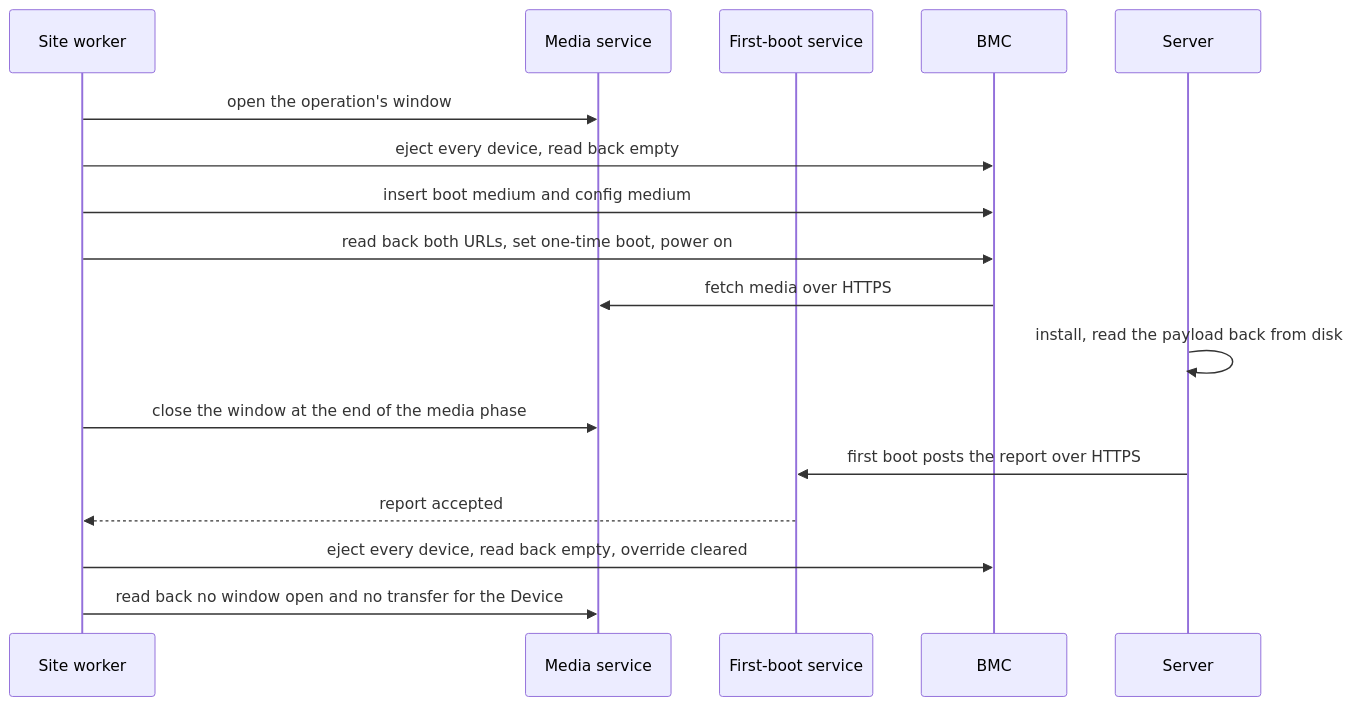
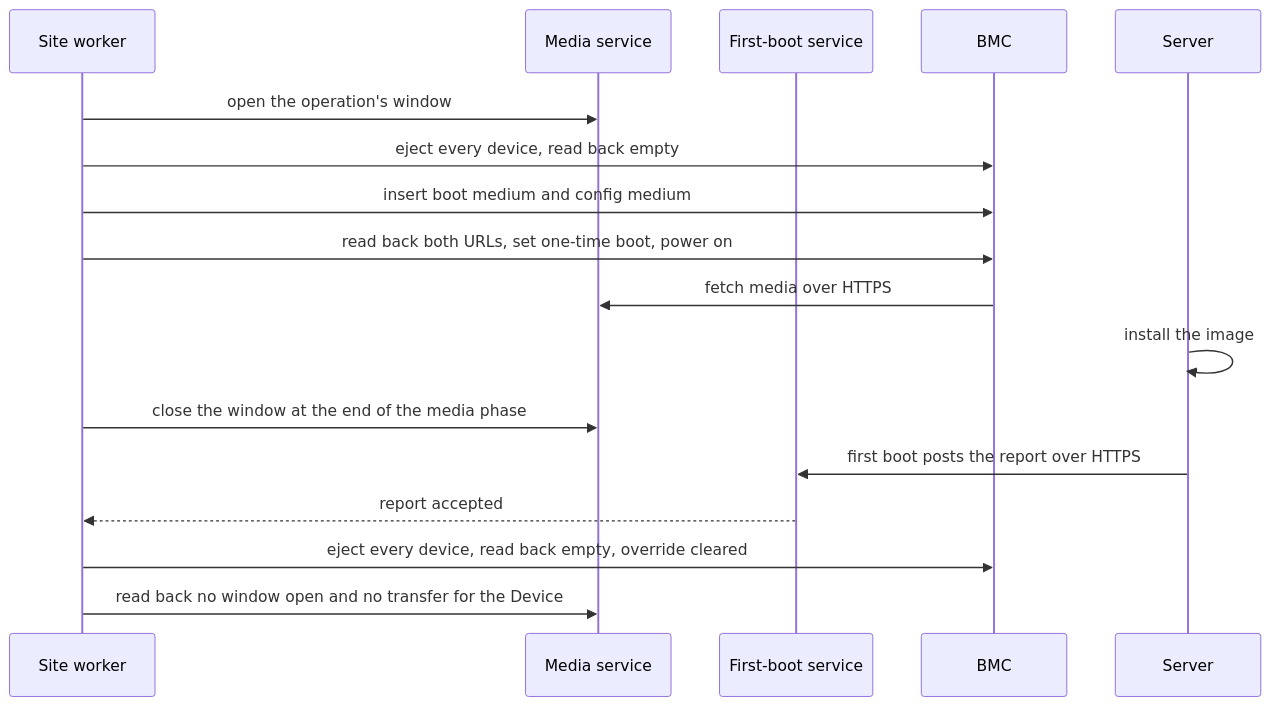
The diagram in docs/enhancements/boot-delivery/README.md (datum-cloud/fleet), drawn with Mermaid before and after one commit. The commit also changed other lines of this file, not shown here.

````diff
--- a/docs/enhancements/boot-delivery/README.md
+++ b/docs/enhancements/boot-delivery/README.md
@@ -260,19 +265,19 @@
 ```mermaid
 sequenceDiagram
     participant W as Site worker
     participant S as Media service
     participant F as First-boot service
     participant B as BMC
     participant H as Server
     W->>S: open the operation's window
     W->>B: eject every device, read back empty
     W->>B: insert boot medium and config medium
     W->>B: read back both URLs, set one-time boot, power on
     B->>S: fetch media over HTTPS
-    H->>H: install, read the payload back from disk
+    H->>H: install the image
     W->>S: close the window at the end of the media phase
     H->>F: first boot posts the report over HTTPS
     F-->>W: report accepted
     W->>B: eject every device, read back empty, override cleared
     W->>S: read back no window open and no transfer for the Device
 ```
````
